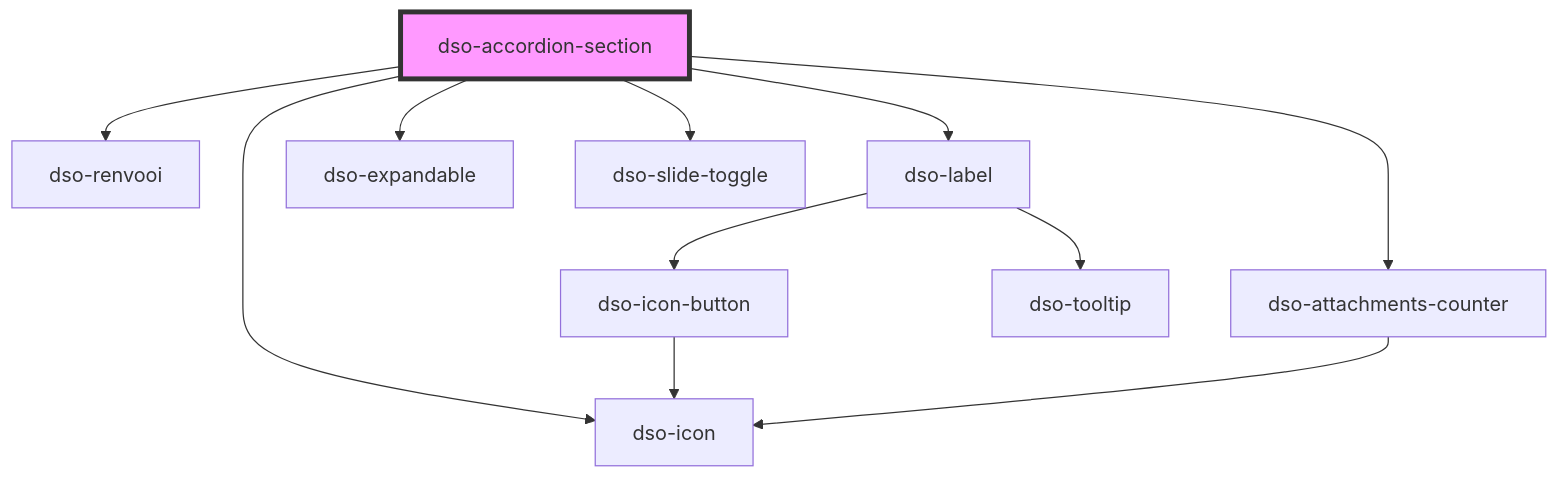
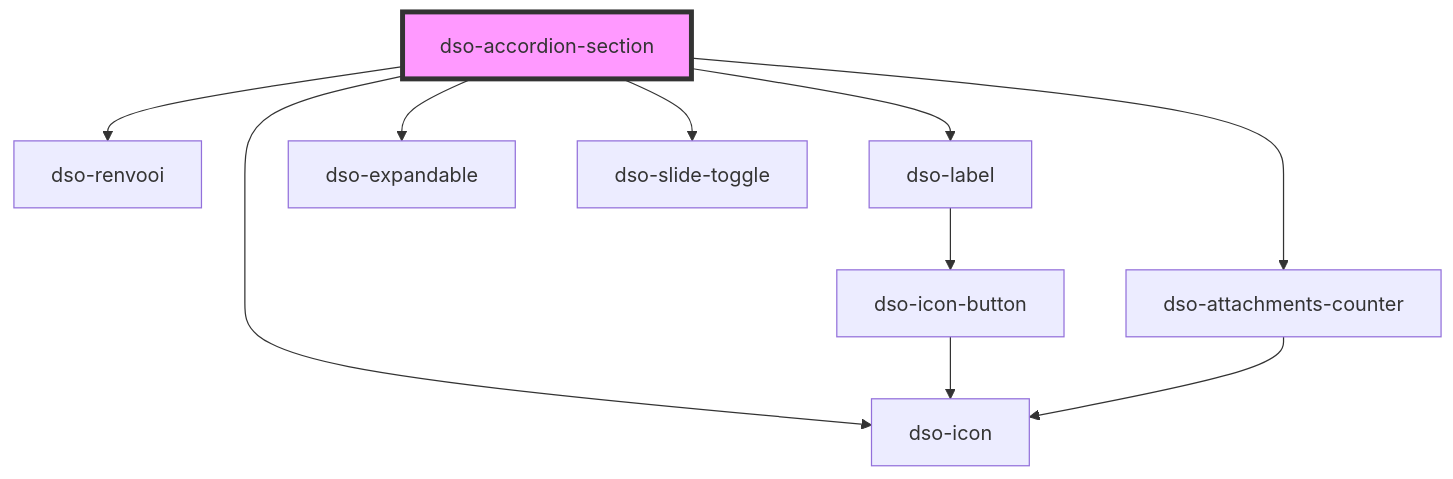
The diagram in packages/core/src/components/accordion/components/readme.md (dso-toolkit/dso-toolkit), drawn with Mermaid before and after one commit. The commit also changed 18 other files, not shown here.

Commit message:
#3600 [Fixed] Label: Tooltip van soms niet goed zichtbaar (bv in document-panel in Viewer Grid)

````diff
--- a/packages/core/src/components/accordion/components/readme.md
+++ b/packages/core/src/components/accordion/components/readme.md
@@ -61,14 +61,13 @@
 ```mermaid
 graph TD;
   dso-accordion-section --> dso-renvooi
   dso-accordion-section --> dso-label
   dso-accordion-section --> dso-icon
   dso-accordion-section --> dso-expandable
   dso-accordion-section --> dso-slide-toggle
   dso-accordion-section --> dso-attachments-counter
   dso-label --> dso-icon-button
-  dso-label --> dso-tooltip
   dso-icon-button --> dso-icon
   dso-attachments-counter --> dso-icon
   style dso-accordion-section fill:#f9f,stroke:#333,stroke-width:4px
 ```
````
